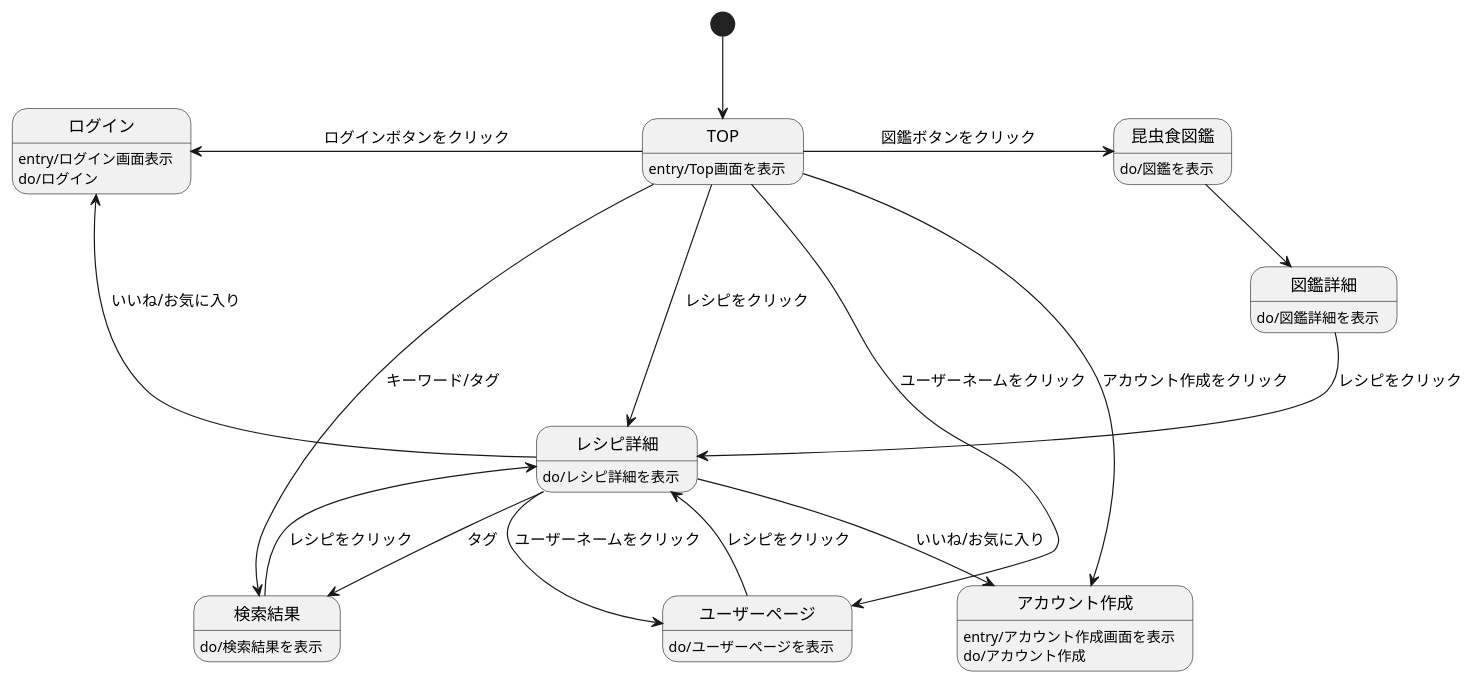
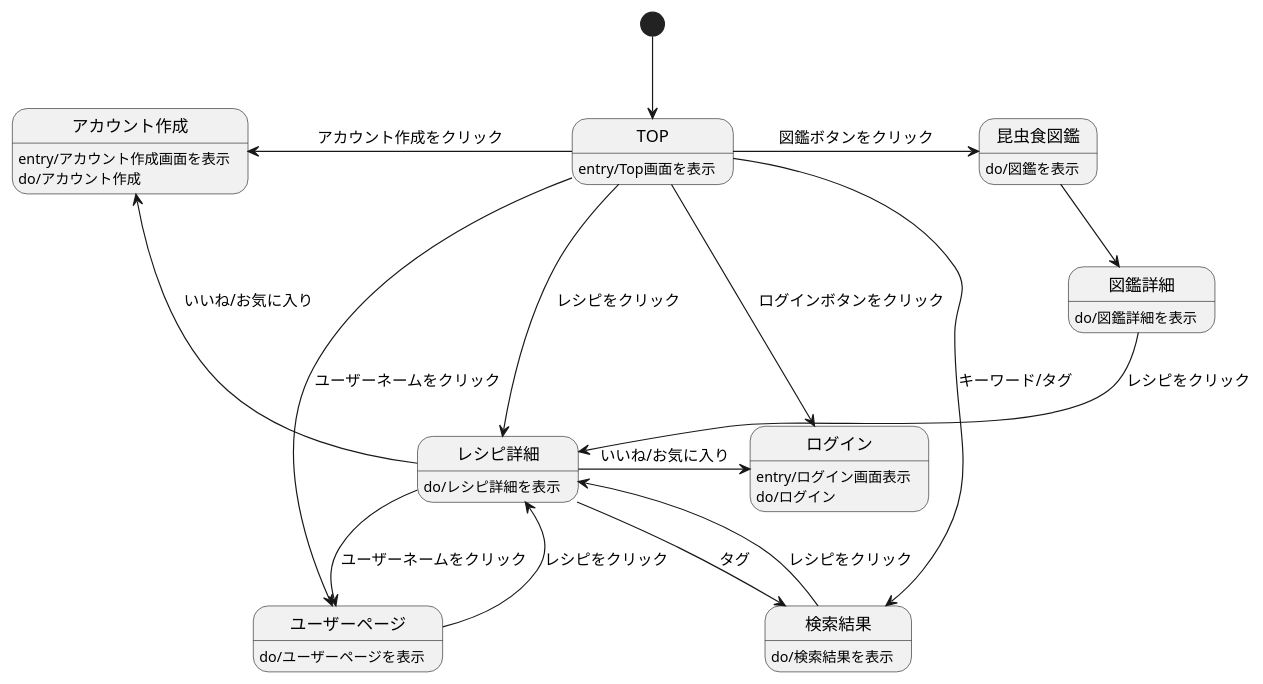
Before and after one commit to ASO2001040/bugbug-design: the diagram in ScreenTransitionDiagram.md, drawn with PlantUML.

````diff
--- a/ScreenTransitionDiagram.md
+++ b/ScreenTransitionDiagram.md
@@ -1,30 +1,30 @@
 ```uml
 @startuml
 [*]-->TOP
 
 TOP : entry/Top画面を表示
 TOP-left->ログイン: ログインボタンをクリック
-TOP->アカウント作成: アカウント作成をクリック
+TOP-left->アカウント作成: アカウント作成をクリック
 TOP->昆虫食図鑑: 図鑑ボタンをクリック
 TOP->ユーザーページ: ユーザーネームをクリック
 TOP->レシピ詳細: レシピをクリック
 TOP->検索結果: キーワード/タグ
 ユーザーページ-->レシピ詳細: レシピをクリック
 レシピ詳細-->ユーザーページ: ユーザーネームをクリック
 レシピ詳細-->検索結果: タグ
 レシピ詳細-->アカウント作成: いいね/お気に入り
 レシピ詳細->ログイン: いいね/お気に入り
 検索結果-->レシピ詳細: レシピをクリック
 昆虫食図鑑-->図鑑詳細
 図鑑詳細-->レシピ詳細: レシピをクリック
 ログイン: entry/ログイン画面表示
 ログイン : do/ログイン
 検索結果: do/検索結果を表示
 ユーザーページ: do/ユーザーページを表示
 レシピ詳細: do/レシピ詳細を表示
 アカウント作成: entry/アカウント作成画面を表示
 アカウント作成: do/アカウント作成
 昆虫食図鑑: do/図鑑を表示
 図鑑詳細: do/図鑑詳細を表示
 @enduml
 ```
````
